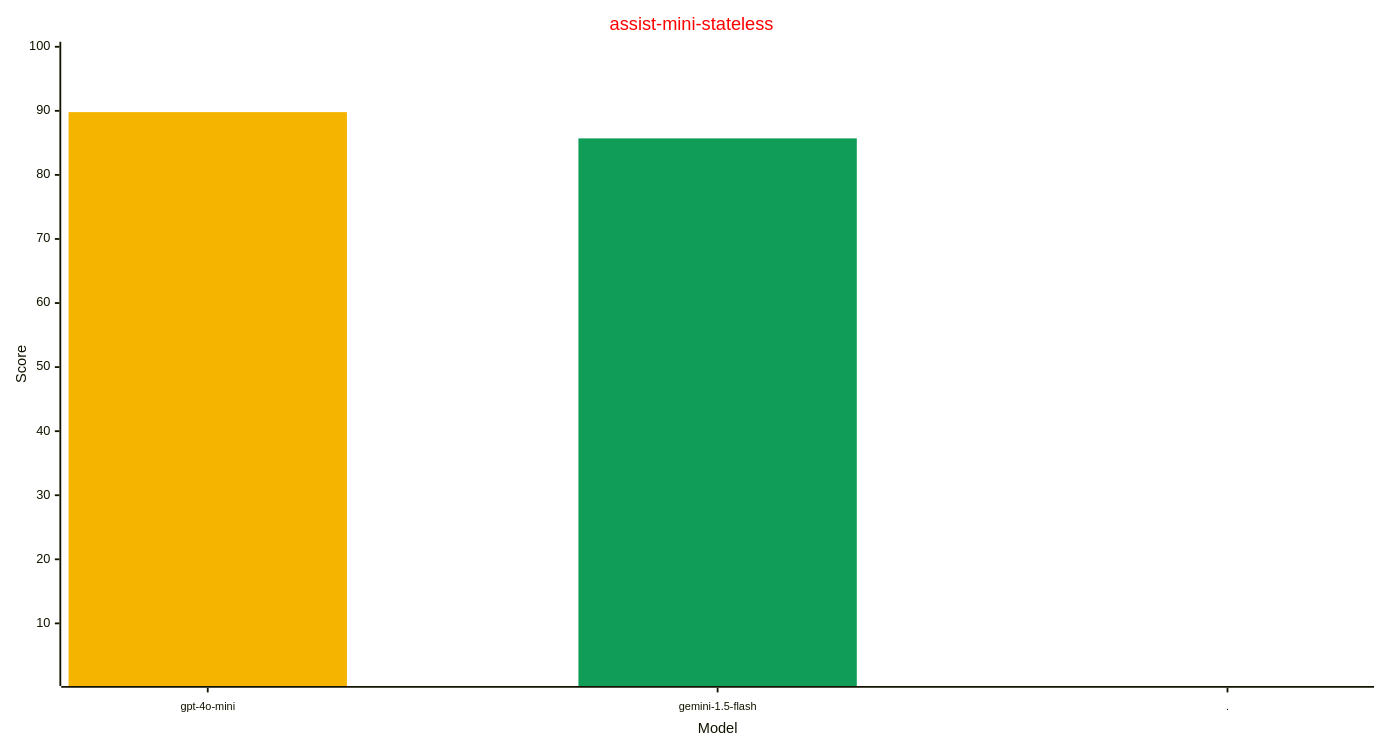
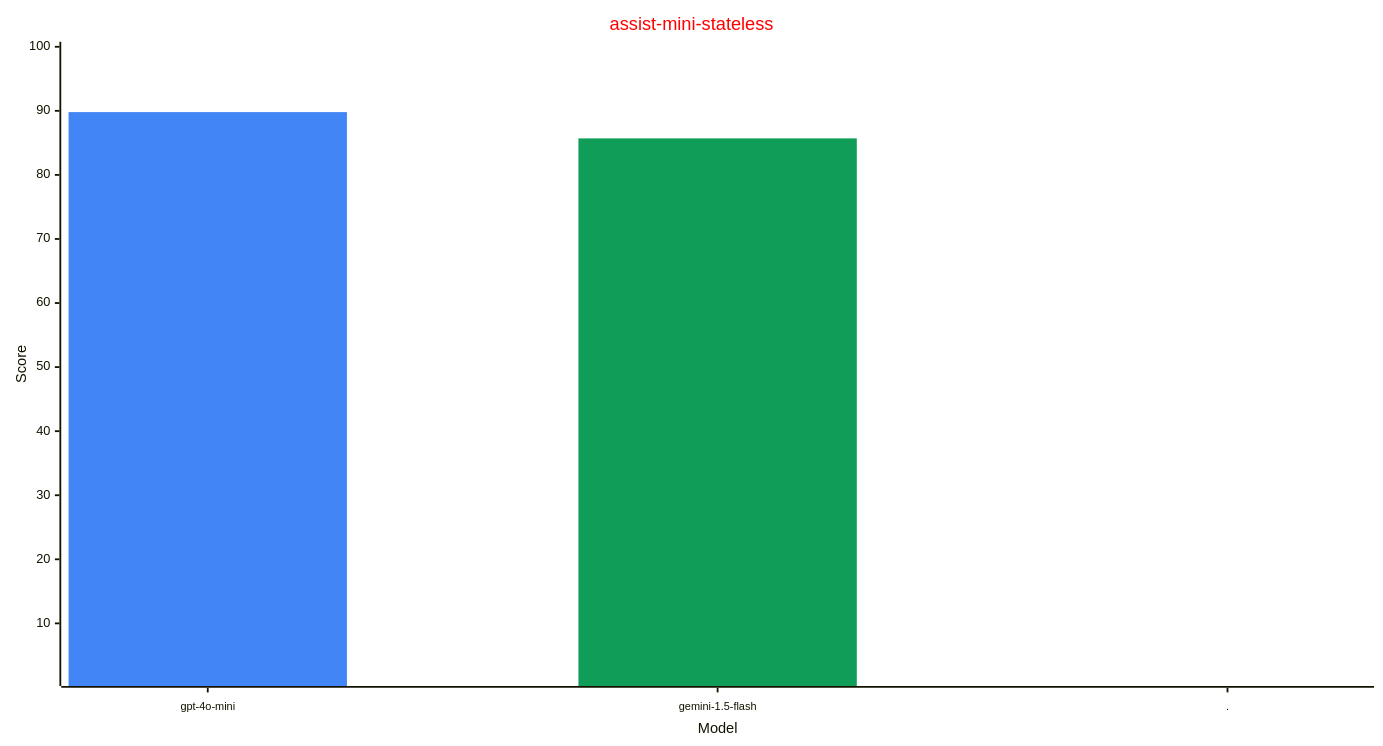
The fourth of 4 diagrams in reports/README.md (allenporter/home-assistant-datasets), drawn with Mermaid before and after one commit. The commit also changed other lines of this file and 101 other files, not shown here.

````diff
--- a/reports/README.md
+++ b/reports/README.md
@@ -198,23 +199,23 @@
 ```mermaid
 ---
 config:
     xyChart:
         width: 1500
         height: 800
         xAxis:
           labelFontSize: 12
           labelPadding: 8
     themeVariables:
         xyChart:
             titleColor: "#ff0000"
-            plotColorPalette: "#f4b400, #0f9d58, #4285f4"
+            plotColorPalette: "#4285f4, #0f9d58, #4285f4"
 
 ---
 xychart-beta
   title "assist-mini-stateless"
   x-axis "Model" [gpt-4o-mini, gemini-1.5-flash, .]
   y-axis "Score" 1 --> 100
   bar [89.8, 0.0, 0.0]
   bar [0.0, 85.7, 0.0]
   bar [0.0, 0.0, -1.0]
 ```
````
